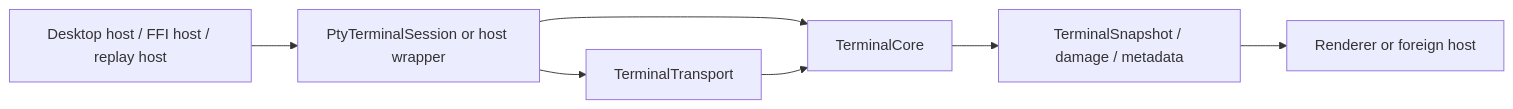
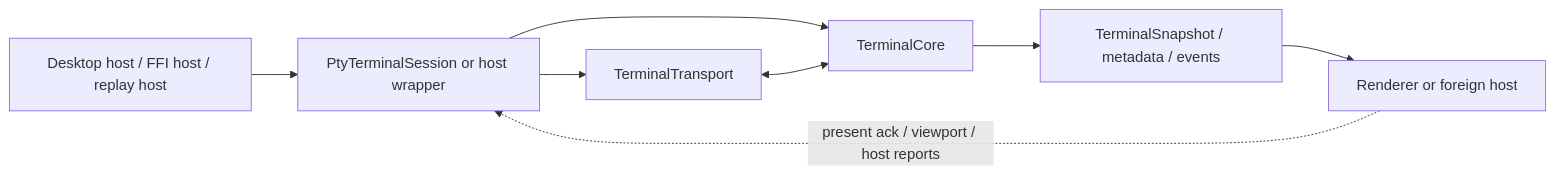
Before and after one commit to LaurenceGuws/Zide: the first of 8 diagrams in app_architecture/terminal/VT_CORE_DESIGN.md, drawn with Mermaid. The commit also changed other lines of this file and 3 other files, not shown here.

Commit message:
Polish terminal architecture authority docs

````diff
--- a/app_architecture/terminal/VT_CORE_DESIGN.md
+++ b/app_architecture/terminal/VT_CORE_DESIGN.md
@@ -137,9 +85,10 @@
 ```mermaid
 flowchart LR
     Host["Desktop host / FFI host / replay host"] --> Session["PtyTerminalSession or host wrapper"]
     Session --> Transport["TerminalTransport"]
     Session --> Core["TerminalCore"]
-    Transport --> Core
-    Core --> Snapshot["TerminalSnapshot / damage / metadata"]
-    Snapshot --> Renderer["Renderer or foreign host"]
+    Transport <--> Core
+    Core --> Publication["TerminalSnapshot / metadata / events"]
+    Publication --> Renderer["Renderer or foreign host"]
+    Renderer -. present ack / viewport / host reports .-> Session
 ```
````
